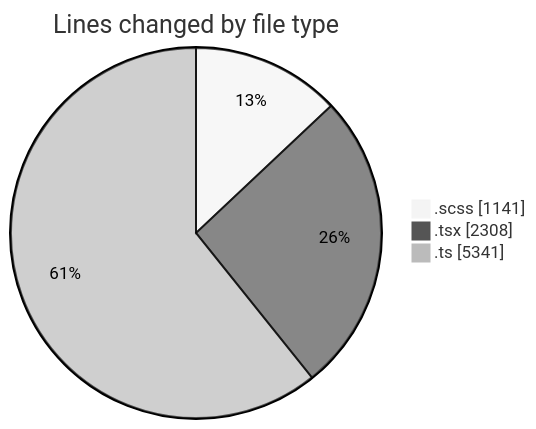
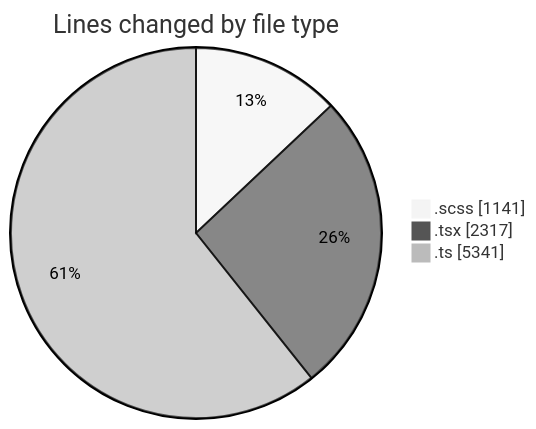
The first of 2 diagrams in 2025-03-28/cda/README.md (momahboobian/code-tracking), drawn with Mermaid (neutral theme) before and after one commit. The commit also changed other lines of this file and 1 other file, not shown here.

````diff
--- a/2025-03-28/cda/README.md
+++ b/2025-03-28/cda/README.md
@@ -36,7 +36,7 @@
 ```mermaid
 pie showData
 title Lines changed by file type
 ".scss" : 1141
-".tsx" : 2308
+".tsx" : 2317
 ".ts" : 5341
 ```
````
